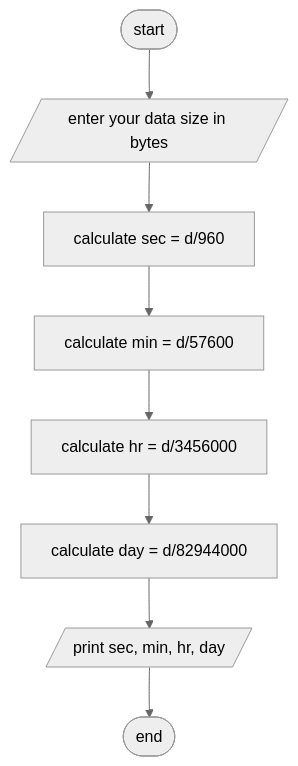
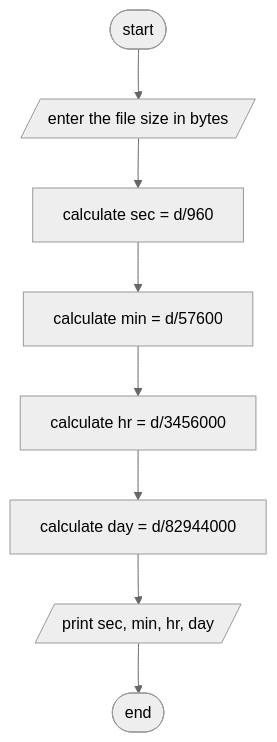
One commit to SWEG-2015EC-Batch/Codify changed the diagram in ETS1118_15_Philipos_Hailu/2nd year/Exercise 1/Q6 File transmission problem/Analysis.md. Above: the diagram before and after it, drawn with Mermaid (neutral theme).

````diff
--- a/ETS1118_15_Philipos_Hailu/2nd year/Exercise 1/Q6 File transmission problem/Analysis.md
+++ b/ETS1118_15_Philipos_Hailu/2nd year/Exercise 1/Q6 File transmission problem/Analysis.md
@@ -23,11 +23,11 @@
 ```mermaid
 flowchart TD;
-A([start]) --> B[/enter your data size in bytes /];
+A([start]) --> B[/enter the file size in bytes /];
 
 B --> C["calculate sec = d/960"];
 C --> D["calculate min = d/57600"];
 D --> E["calculate  hr = d/3456000"];
 E --> F["calculate day = d/82944000"];
 F --> G[/print sec, min, hr, day/];
 G --> H([end]);
 ```
````
